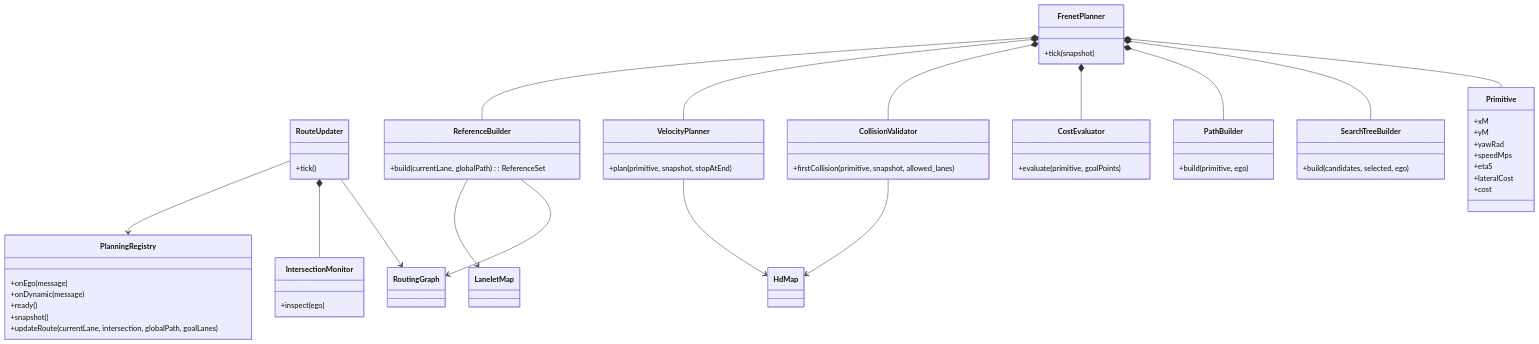
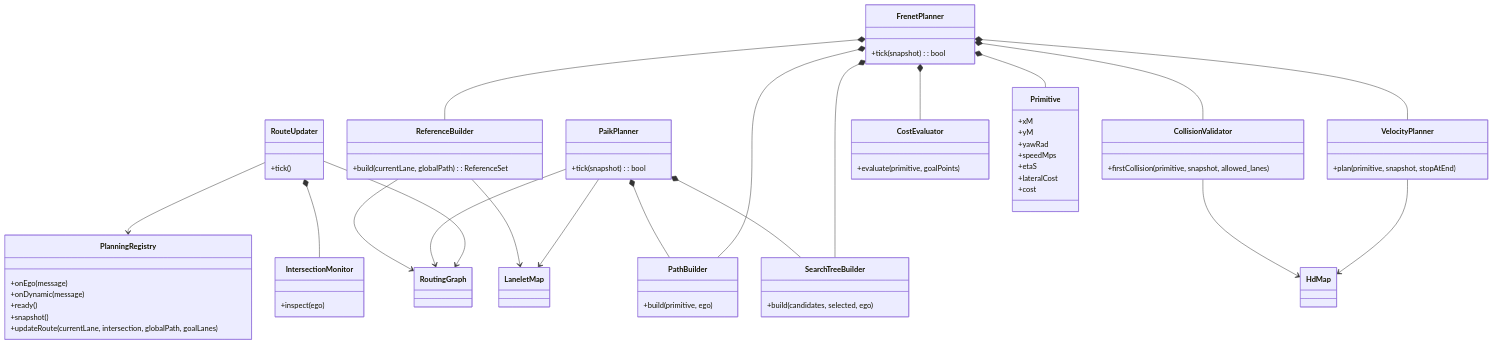
Before and after one commit to Team-Stier/HL-FMA2026-sim-stier: the first of 2 diagrams in src/path_planner/README.md, drawn with Mermaid. The commit also changed other lines of this file and 5 other files, not shown here.

First line of the commit message:
PaikPlanner 최후 경로 폴백 추가

````diff
--- a/src/path_planner/README.md
+++ b/src/path_planner/README.md
@@ -125,43 +133,48 @@
 ```mermaid
 classDiagram
     class PlanningRegistry {
         +onEgo(message)
         +onDynamic(message)
         +ready()
         +snapshot()
         +updateRoute(currentLane, intersection, globalPath, goalLanes)
     }
     class RouteUpdater { +tick() }
     class IntersectionMonitor { +inspect(ego) }
-    class FrenetPlanner { +tick(snapshot) }
+    class FrenetPlanner { +tick(snapshot): bool }
+    class PaikPlanner { +tick(snapshot): bool }
     class ReferenceBuilder { +build(currentLane, globalPath): ReferenceSet }
     class VelocityPlanner { +plan(primitive, snapshot, stopAtEnd) }
     class CollisionValidator { +firstCollision(primitive, snapshot, allowed_lanes) }
     class CostEvaluator { +evaluate(primitive, goalPoints) }
     class Primitive {
         +xM
         +yM
         +yawRad
         +speedMps
         +etaS
         +lateralCost
         +cost
     }
     class PathBuilder { +build(primitive, ego) }
     class SearchTreeBuilder { +build(candidates, selected, ego) }
 
     RouteUpdater --> PlanningRegistry
     RouteUpdater *-- IntersectionMonitor
     RouteUpdater --> RoutingGraph
     FrenetPlanner *-- ReferenceBuilder
     FrenetPlanner *-- VelocityPlanner
     FrenetPlanner *-- CollisionValidator
     FrenetPlanner *-- CostEvaluator
     FrenetPlanner *-- PathBuilder
     FrenetPlanner *-- SearchTreeBuilder
     FrenetPlanner *-- Primitive
+    PaikPlanner --> LaneletMap
+    PaikPlanner --> RoutingGraph
+    PaikPlanner *-- PathBuilder
+    PaikPlanner *-- SearchTreeBuilder
     ReferenceBuilder --> LaneletMap
     ReferenceBuilder --> RoutingGraph
     VelocityPlanner --> HdMap
     CollisionValidator --> HdMap
 ```
````
